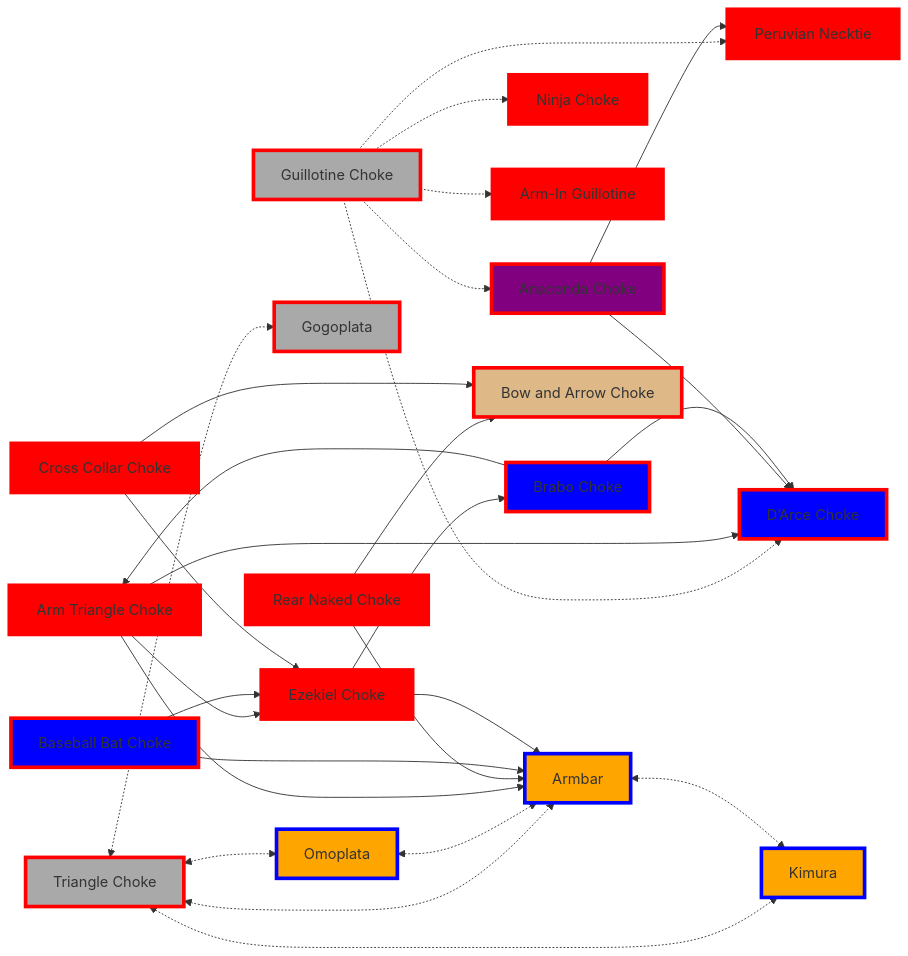
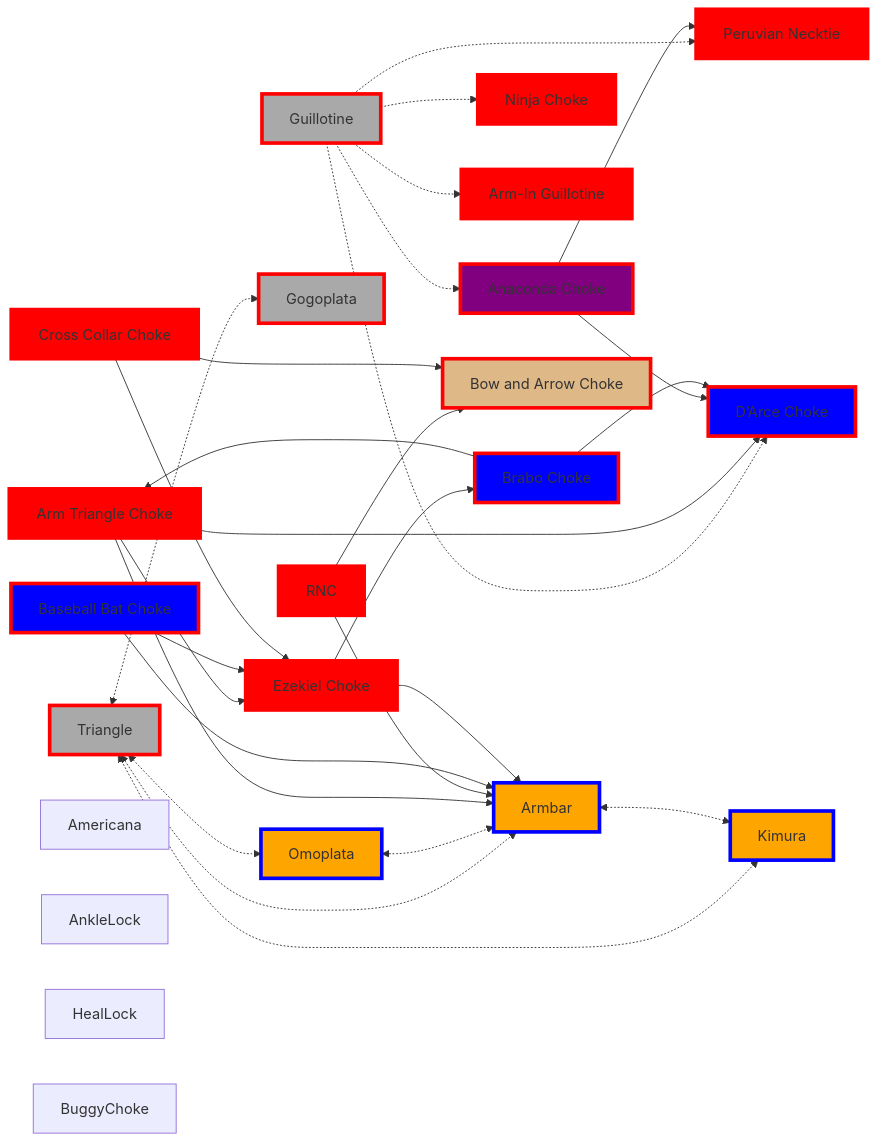
Before and after one commit to jacgit18/DevHiveMind: the fourth of 4 diagrams in _Fitness/MMA/Real World BJJ Flows.md, drawn with Mermaid. The commit also changed other lines of this file and 7 other files, not shown here.

````diff
--- a/_Fitness/MMA/Real World BJJ Flows.md
+++ b/_Fitness/MMA/Real World BJJ Flows.md
@@ -405,66 +431,72 @@
 ```mermaid
 flowchart LR
-    A[Triangle Choke] <-.->  B[Armbar]
+    A[Triangle] <-.->  B[Armbar]
     A <-.-> C[Omoplata]
     A <-.->  D[Gogoplata]
     A <-.->  E
     B <-.-> E[Kimura]
     C <-.->  B
 
 
-    F[Guillotine Choke] .-> G[Ninja Choke]
+    F[Guillotine] .-> G[Ninja Choke]
     F .-> H[Peruvian Necktie]
     F .-> I[Arm-In Guillotine]
     F .-> Q
     F .-> L
 
     J[Arm Triangle Choke] --> P
     J --> L[D’Arce Choke]
     J --> B
 
-    M[Rear Naked Choke] --> B
+    M[RNC] --> B
     M --> N[Bow and Arrow Choke]
 
     O[Baseball Bat Choke] --> P[Ezekiel Choke]
     O --> B
 
     Q[Anaconda Choke] --> L
     Q --> H
 
     R[Brabo Choke] --> J
     R --> L
 
     S[Cross Collar Choke] --> N
     S --> P
 
     P --> B
     P --> R
+
+
+	Americana[Americana]
+	AnkleLock[AnkleLock]
+	HealLock[HealLock]
+	BuggyChoke[BuggyChoke]
     
 style A fill:darkgray,stroke:red,stroke-width:4px,shadow:shadow, 
 
 style B fill:orange,stroke:blue,stroke-width:4px,shadow:shadow
 
 style C fill:orange,stroke:blue,stroke-width:4px,shadow:shadow
 
 style D fill:darkgray,stroke:red,stroke-width:4px,shadow:shadow, 
 
 style E fill:orange,stroke:blue,stroke-width:4px,shadow:shadow
 
 style F fill:darkgray,stroke:red,stroke-width:4px,shadow:shadow
 
 style G fill:red,stroke:red,stroke-width:4px,shadow:shadow
 style H fill:red,stroke:red,stroke-width:4px,shadow:shadow
 style I fill:red,stroke:red,stroke-width:4px,shadow:shadow
 style J fill:red,stroke:red,stroke-width:4px,shadow:shadow
 
 style L fill:blue,stroke:red,stroke-width:4px,shadow:shadow
 style M fill:red,stroke:red,stroke-width:4px,shadow:shadow
 style N fill:burlywood,stroke:red,stroke-width:4px,shadow:shadow
 
 style O fill:blue,stroke:red,stroke-width:4px,shadow:shadow
 style P fill:red,stroke:red,stroke-width:4px,shadow:shadow
 
 style Q fill:purple,stroke:red,stroke-width:4px,shadow:shadow
 style R fill:blue,stroke:red,stroke-width:4px,shadow:shadow
 style S fill:red,stroke:red,stroke-width:4px,shadow:shadow
 ```
````
